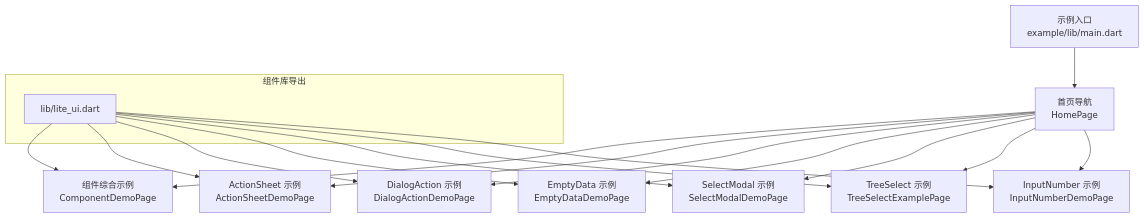
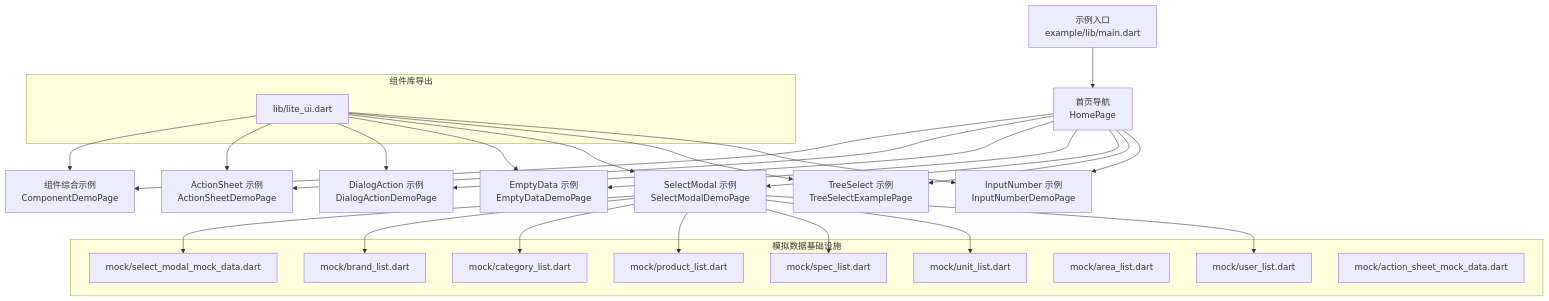
Before and after one commit to yuzhido/lite-ui: the first of 10 diagrams in .qoder/repowiki/zh/content/示例演示.md, drawn with Mermaid. The commit also changed other lines of this file and 7 other files, not shown here.

````diff
--- a/.qoder/repowiki/zh/content/示例演示.md
+++ b/.qoder/repowiki/zh/content/示例演示.md
@@ -38,21 +59,39 @@
 ```mermaid
 graph TB
 A["示例入口<br/>example/lib/main.dart"] --> B["首页导航<br/>HomePage"]
 B --> C["组件综合示例<br/>ComponentDemoPage"]
 B --> D["ActionSheet 示例<br/>ActionSheetDemoPage"]
 B --> E["DialogAction 示例<br/>DialogActionDemoPage"]
 B --> F["EmptyData 示例<br/>EmptyDataDemoPage"]
 B --> G["SelectModal 示例<br/>SelectModalDemoPage"]
 B --> H["TreeSelect 示例<br/>TreeSelectExamplePage"]
 B --> I["InputNumber 示例<br/>InputNumberDemoPage"]
 subgraph "组件库导出"
 L["lib/lite_ui.dart"]
 end
+subgraph "模拟数据基础设施"
+M["mock/brand_list.dart"]
+N["mock/category_list.dart"]
+O["mock/product_list.dart"]
+P["mock/spec_list.dart"]
+Q["mock/unit_list.dart"]
+R["mock/user_list.dart"]
+S["mock/area_list.dart"]
+T["mock/select_modal_mock_data.dart"]
+U["mock/action_sheet_mock_data.dart"]
+end
 L --> C
 L --> D
 L --> E
 L --> F
 L --> G
 L --> H
 L --> I
+G --> T
+G --> M
+G --> N
+G --> O
+G --> P
+G --> Q
+G --> R
 ```
````
